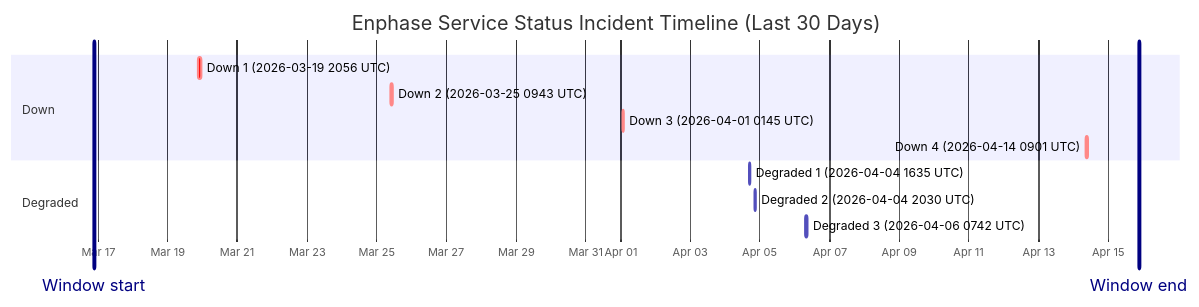
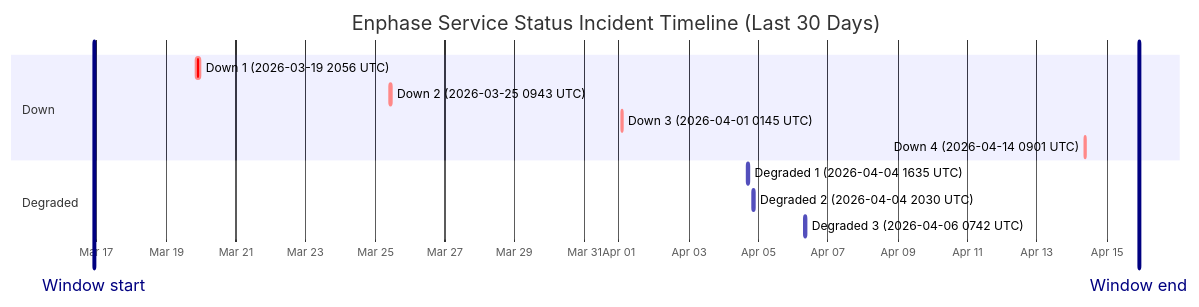
One commit to barneyonline/ha-enphase-ev-charger changed the diagram in wiki/Service-Status-History.md. Above: the diagram before and after it, drawn with Mermaid. The commit also changed other lines of this file and 3 other files, not shown here.

````diff
--- a/wiki/Service-Status-History.md
+++ b/wiki/Service-Status-History.md
@@ -14,17 +14,17 @@
 ```mermaid
 gantt
     title Enphase Service Status Incident Timeline (Last 30 Days)
     dateFormat  YYYY-MM-DDTHH:mm:ss
     axisFormat  %b %d
-    Window start :vert, window-start, 2026-03-16T21:13:44, 0ms
-    Window end :vert, window-end, 2026-04-15T21:13:44, 0ms
+    Window start :vert, window-start, 2026-03-16T22:09:32, 0ms
+    Window end :vert, window-end, 2026-04-15T22:09:32, 0ms
     section Down
     Down 1 (2026-03-19 2056 UTC) :crit, down-1, 2026-03-19T20:56:20, 145m
     Down 2 (2026-03-25 0943 UTC) :crit, down-2, 2026-03-25T09:43:28, 111m
     Down 3 (2026-04-01 0145 UTC) :crit, down-3, 2026-04-01T01:45:09, 60m
     Down 4 (2026-04-14 0901 UTC) :crit, down-4, 2026-04-14T09:01:13, 60m
     section Degraded
     Degraded 1 (2026-04-04 1635 UTC) :active, degraded-1, 2026-04-04T16:35:17, 60m
     Degraded 2 (2026-04-04 2030 UTC) :active, degraded-2, 2026-04-04T20:30:40, 60m
     Degraded 3 (2026-04-06 0742 UTC) :active, degraded-3, 2026-04-06T07:42:09, 85m
 ```
````
